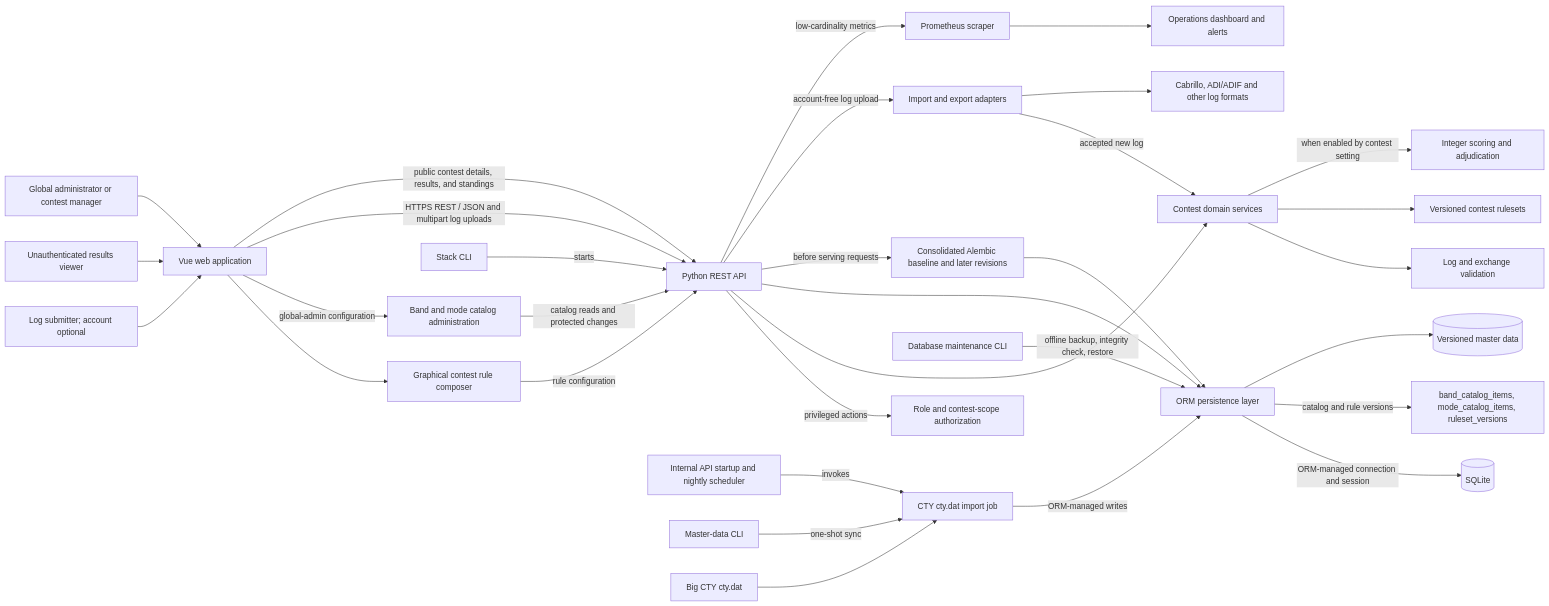
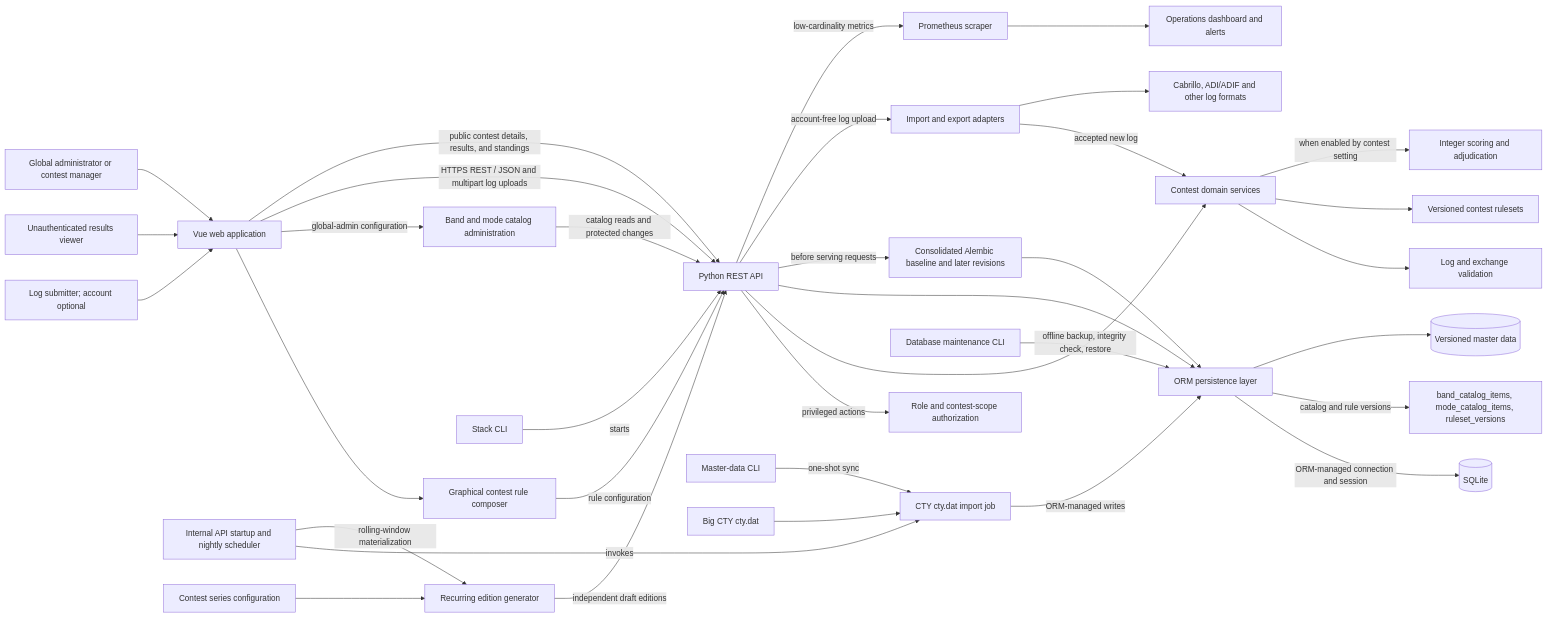
The first of 3 diagrams in documentation/README.md (ea7klk/contestmaster), drawn with Mermaid before and after one commit. The commit also changed other lines of this file and 26 other files, not shown here.

First line of the commit message:
Implement recurring contest series and deadlines

````diff
--- a/documentation/README.md
+++ b/documentation/README.md
@@ -79,34 +79,37 @@
 ```mermaid
 flowchart LR
     Participant[Log submitter; account optional] --> Web[Vue web application]
     Visitor[Unauthenticated results viewer] --> Web
     PrivilegedUser[Global administrator or contest manager] --> Web
     Web --> Composer[Graphical contest rule composer]
     Web -->|global-admin configuration| CatalogAdmin[Band and mode catalog administration]
     Composer -->|rule configuration| API[Python REST API]
     CatalogAdmin -->|catalog reads and protected changes| API
     Web -->|HTTPS REST / JSON and multipart log uploads| API[Python REST API]
     Web -->|public contest details, results, and standings| API
     API -->|privileged actions| Auth[Role and contest-scope authorization]
     API --> Domain[Contest domain services]
     Domain --> Validation[Log and exchange validation]
     Domain --> Rules[Versioned contest rulesets]
     Domain -->|when enabled by contest setting| Scoring[Integer scoring and adjudication]
     API --> Store[ORM persistence layer]
     API -->|before serving requests| SchemaMigration[Consolidated Alembic baseline and later revisions]
     SchemaMigration --> Store
     Store -->|ORM-managed connection and session| DB[(SQLite)]
     Store -->|catalog and rule versions| OperatingCatalog[band_catalog_items, mode_catalog_items, ruleset_versions]
     API -->|account-free log upload| Adapters[Import and export adapters]
     Adapters -->|accepted new log| Domain
     Adapters --> Formats[Cabrillo, ADI/ADIF and other log formats]
     Timer[Internal API startup and nightly scheduler] -->|invokes| MasterImport[CTY cty.dat import job]
+    Timer -->|rolling-window materialization| EditionGenerator[Recurring edition generator]
+    Series[Contest series configuration] --> EditionGenerator
+    EditionGenerator -->|independent draft editions| API
     StackCLI[Stack CLI] -->|starts| API
     MasterCLI[Master-data CLI] -->|one-shot sync| MasterImport
     DBCLI[Database maintenance CLI] -->|offline backup, integrity check, restore| Store
     API -->|low-cardinality metrics| Prometheus[Prometheus scraper]
     Prometheus --> Dashboard[Operations dashboard and alerts]
     CTYSource[Big CTY cty.dat] --> MasterImport
     MasterImport -->|ORM-managed writes| Store
     Store --> ReferenceData[(Versioned master data)]
 ```
````
